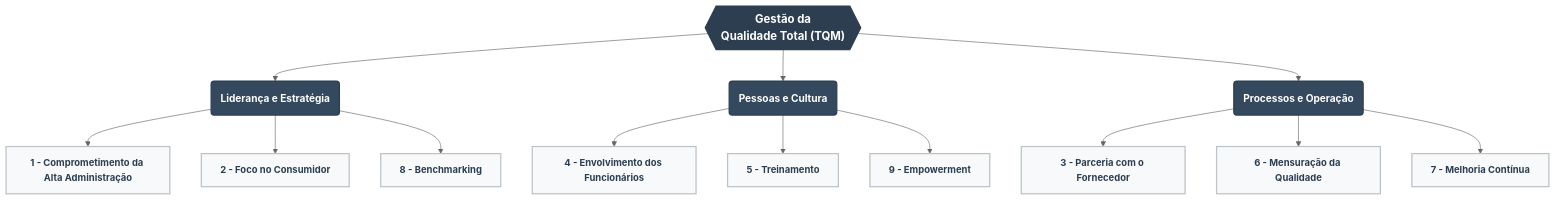
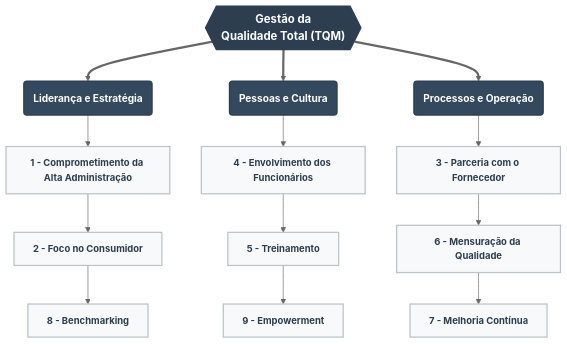
Before and after one commit to rafasfer2/MiningAnalyticsBook: the first of 10 diagrams in chapters/cap2-modelos-gestao.qmd, drawn with Mermaid (neutral theme). The commit also changed 17 other files, not shown here.

````diff
--- a/chapters/cap2-modelos-gestao.qmd
+++ b/chapters/cap2-modelos-gestao.qmd
@@ -84,39 +84,42 @@
 ```{mermaid}
 %%| label: fig-9pilares-tqm
 %%| fig-cap: "Os 9 Fatores Críticos de Sucesso do TQM"
 flowchart TD
 
-    %% --- CONFIGURAÇÃO DE ESTILOS (Garantindo letras grandes e legibilidade) ---
+    %% --- CONFIGURAÇÃO DE ESTILOS ---
     classDef mainStyle fill:#2c3e50,stroke:#2c3e50,stroke-width:2px,color:#ffffff,font-size:18px,font-weight:bold
     classDef catStyle fill:#34495e,stroke:#2c3e50,stroke-width:2px,color:#ffffff,font-size:16px,font-weight:bold
     classDef itemStyle fill:#f8f9fa,stroke:#bdc3c7,stroke-width:2px,color:#2c3e50,font-size:15px,font-weight:bold
 
-    %% --- ESTRUTURA DOS NÓS ---
-    TQM{{"Gestão da\nQualidade Total (TQM)"}}
+    %% --- NÓ CENTRAL ---
+    TQM{{"Gestão da<br/>Qualidade Total (TQM)"}}
 
+    %% --- CATEGORIAS (PILARES) ---
     L("Liderança e Estratégia")
     P("Pessoas e Cultura")
     O("Processos e Operação")
 
-    TQM --> L
-    TQM --> P
-    TQM --> O
+    TQM ==> L
+    TQM ==> P
+    TQM ==> O
 
-    %% Usando o traço " - " em vez de ponto " . " para evitar o erro de Markdown List
+    %% --- FATORES DA LIDERANÇA ---
     L --> F1["1 - Comprometimento da Alta Administração"]
-    L --> F2["2 - Foco no Consumidor"]
-    L --> F8["8 - Benchmarking"]
+    F1 --> F2["2 - Foco no Consumidor"]
+    F2 --> F8["8 - Benchmarking"]
 
+    %% --- FATORES DE PESSOAS ---
     P --> F4["4 - Envolvimento dos Funcionários"]
-    P --> F5["5 - Treinamento"]
-    P --> F9["9 - Empowerment"]
+    F4 --> F5["5 - Treinamento"]
+    F5 --> F9["9 - Empowerment"]
 
+    %% --- FATORES DE PROCESSOS ---
     O --> F3["3 - Parceria com o Fornecedor"]
-    O --> F6["6 - Mensuração da Qualidade"]
-    O --> F7["7 - Melhoria Contínua"]
+    F3 --> F6["6 - Mensuração da Qualidade"]
+    F6 --> F7["7 - Melhoria Contínua"]
 
     %% --- APLICAÇÃO DOS ESTILOS ---
     class TQM mainStyle;
     class L,P,O catStyle;
     class F1,F2,F3,F4,F5,F6,F7,F8,F9 itemStyle;
 ```
````
